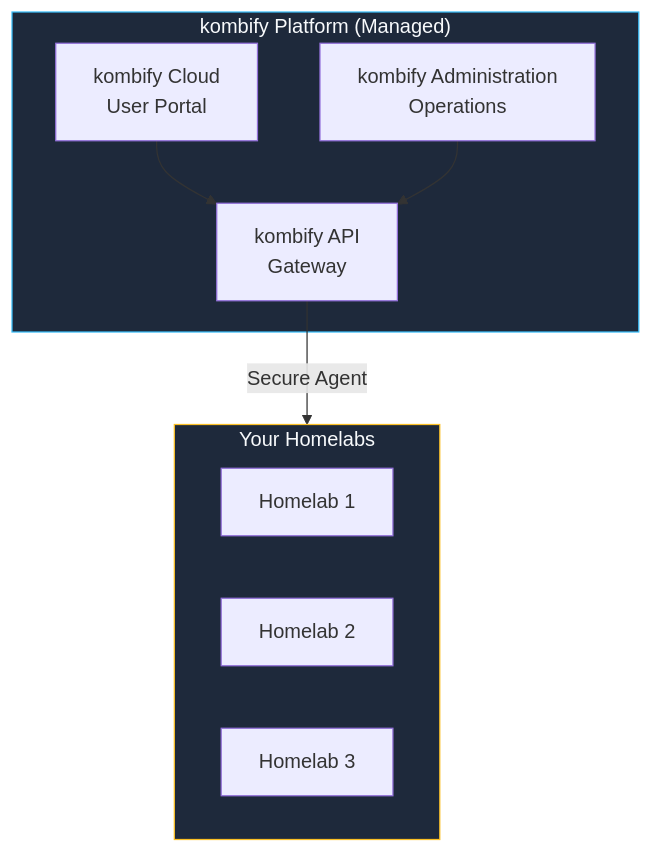
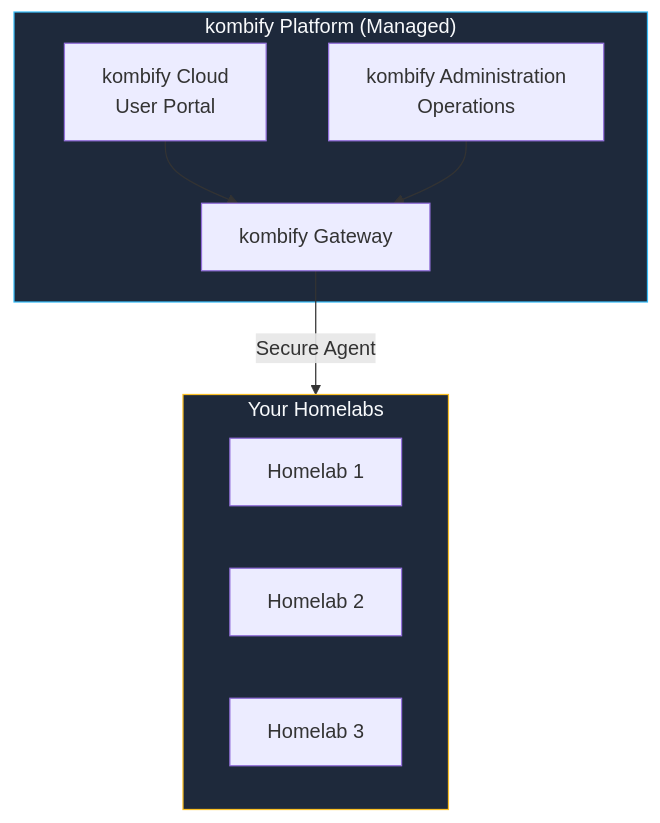
The fourth of 8 diagrams in ecosystem.mdx (KombiverseLabs/docs), drawn with Mermaid before and after one commit. The commit also changed 14 other files, not shown here.

Commit message:
Rename kombify Gateway docs references

````diff
--- a/ecosystem.mdx
+++ b/ecosystem.mdx
@@ -139,21 +139,21 @@
 ```mermaid
 graph TB
     subgraph SaaS["kombify Platform (Managed)"]
         Cloud["kombify Cloud<br/>User Portal"]
         Admin["kombify Administration<br/>Operations"]
-        API["kombify API<br/>Gateway"]
+        API["kombify Gateway"]
     end
     
     subgraph Core["Your Homelabs"]
         HL1["Homelab 1"]
         HL2["Homelab 2"]
         HL3["Homelab 3"]
     end
     
     Cloud --> API
     Admin --> API
     API -->|Secure Agent| Core
     
     style SaaS fill:#1e293b,stroke:#38bdf8,color:#f8fafc
     style Core fill:#1e293b,stroke:#fbbf24,color:#f8fafc
 ```
````
